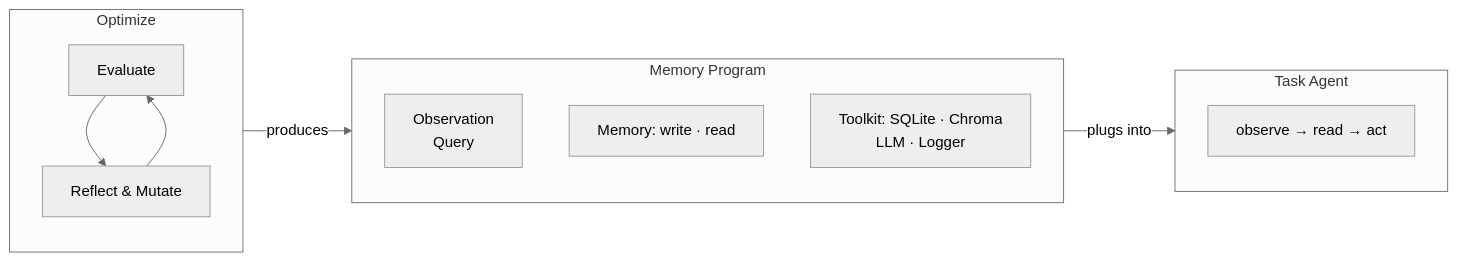
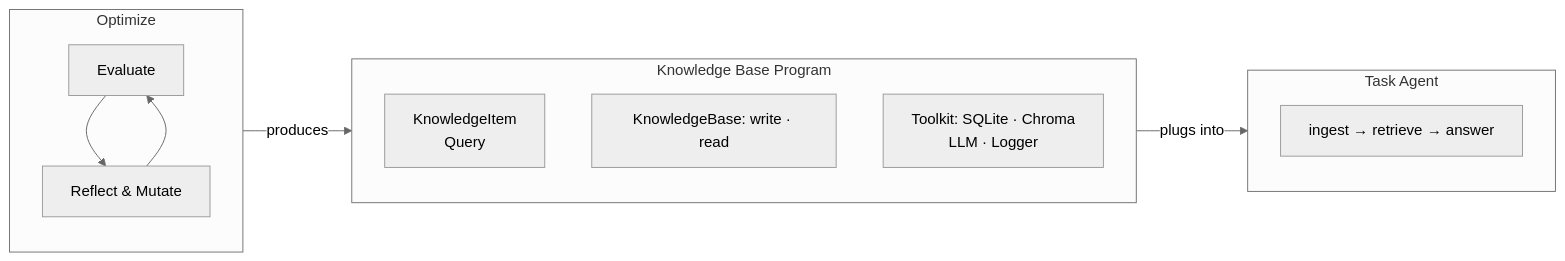
The diagram in knowledge/system-design-original.md (wbopan/agent-memory-evolution), drawn with Mermaid before and after one commit. The commit also changed other lines of this file, not shown here.

````diff
--- a/knowledge/system-design-original.md
+++ b/knowledge/system-design-original.md
@@ -22,21 +23,21 @@
 ```mermaid
 %%{init: {'theme': 'neutral'}}%%
 graph LR
     subgraph Loop[" Optimize "]
         Eval["Evaluate"] --> Reflect["Reflect & Mutate"]
         Reflect --> Eval
     end
 
-    subgraph MP[" Memory Program "]
-        Obs["Observation <br> Query"]
-        Mem["Memory: write · read"]
+    subgraph KBP[" Knowledge Base Program "]
+        KI["KnowledgeItem <br> Query"]
+        KB["KnowledgeBase: write · read"]
         TK["Toolkit: SQLite · Chroma <br> LLM · Logger"]
     end
 
     subgraph Agent[" Task Agent "]
-        A["observe → read → act"]
+        A["ingest → retrieve → answer"]
     end
 
-    Loop -- "produces" --> MP
-    MP -- "plugs into" --> Agent
+    Loop -- "produces" --> KBP
+    KBP -- "plugs into" --> Agent
 ```
````
